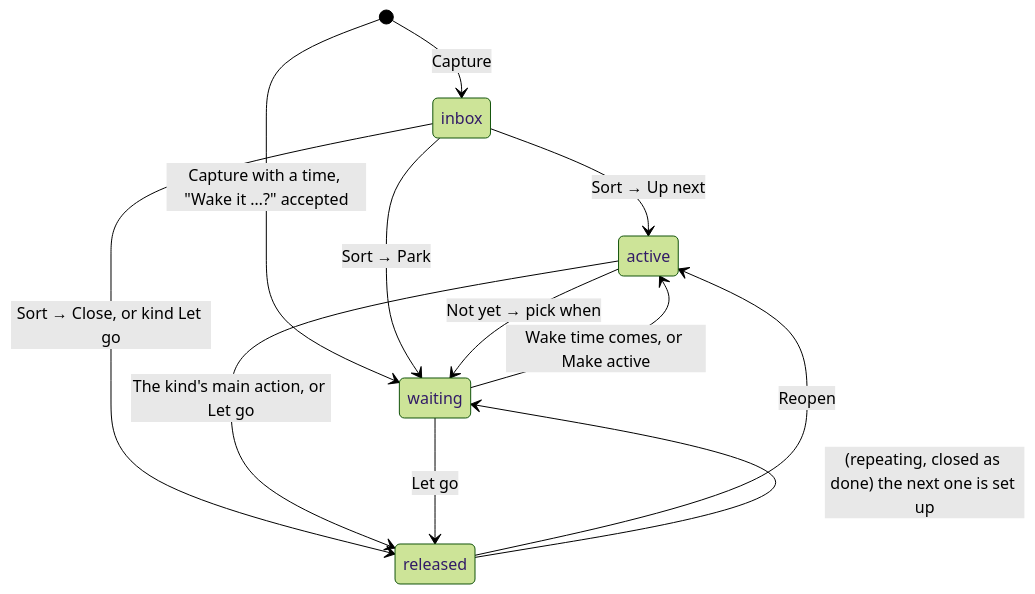
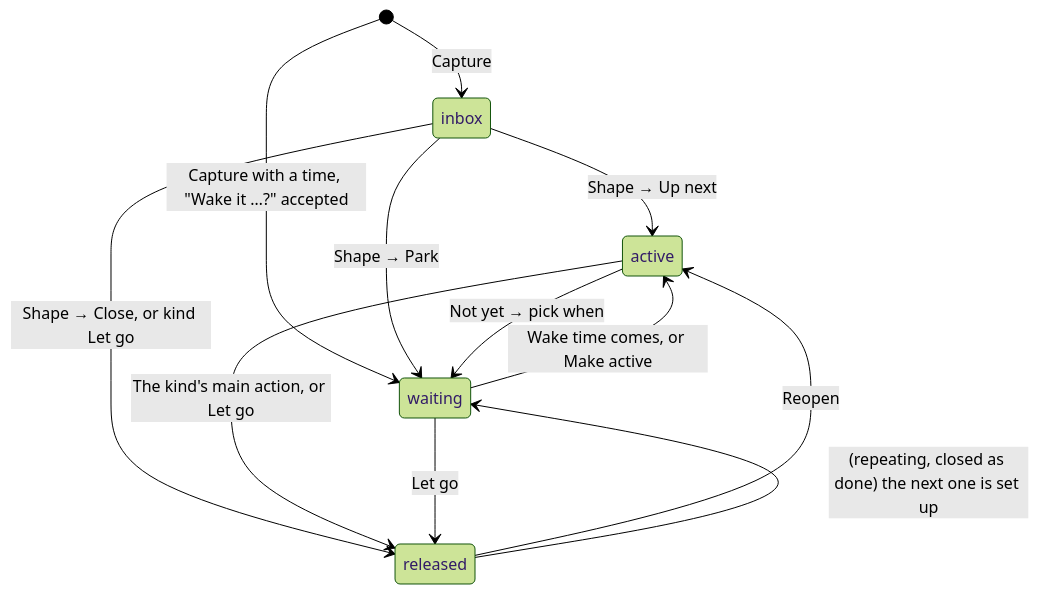
Before and after one commit to hamzasaleem021/open-loops: the diagram in docs/loop-behavior.md, drawn with Mermaid (forest theme). The commit also changed other lines of this file and 4 other files, not shown here.

````diff
--- a/docs/loop-behavior.md
+++ b/docs/loop-behavior.md
@@ -63,14 +63,14 @@
 ```mermaid
 stateDiagram-v2
   [*] --> inbox: Capture
   [*] --> waiting: Capture with a time, "Wake it …?" accepted
-  inbox --> active: Sort → Up next
-  inbox --> waiting: Sort → Park
-  inbox --> released: Sort → Close, or kind Let go
+  inbox --> active: Shape → Up next
+  inbox --> waiting: Shape → Park
+  inbox --> released: Shape → Close, or kind Let go
   active --> waiting: Not yet → pick when
   waiting --> active: Wake time comes, or Make active
   active --> released: The kind's main action, or Let go
   waiting --> released: Let go
   released --> active: Reopen
   released --> waiting: (repeating, closed as done) the next one is set up
 ```
````
